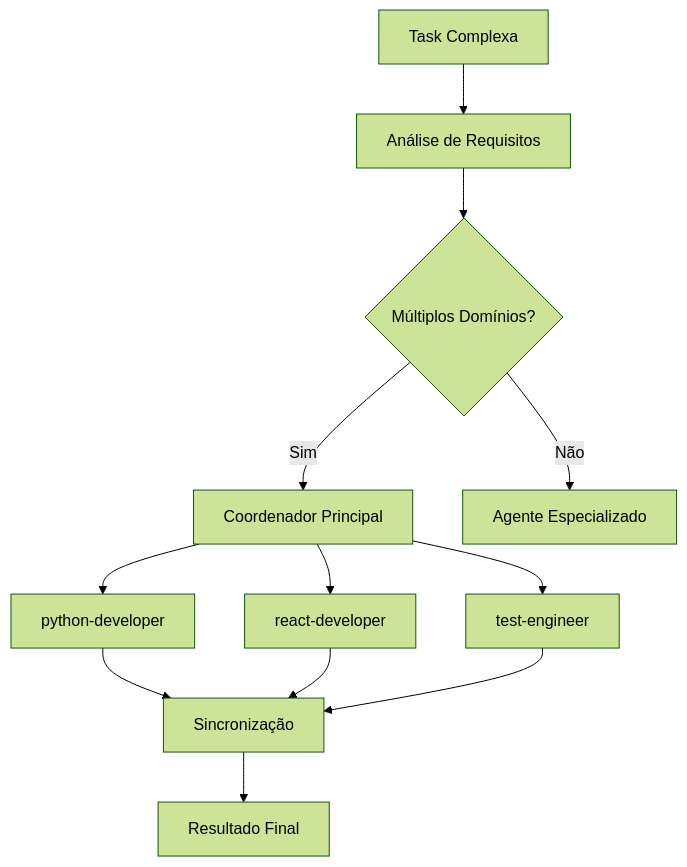
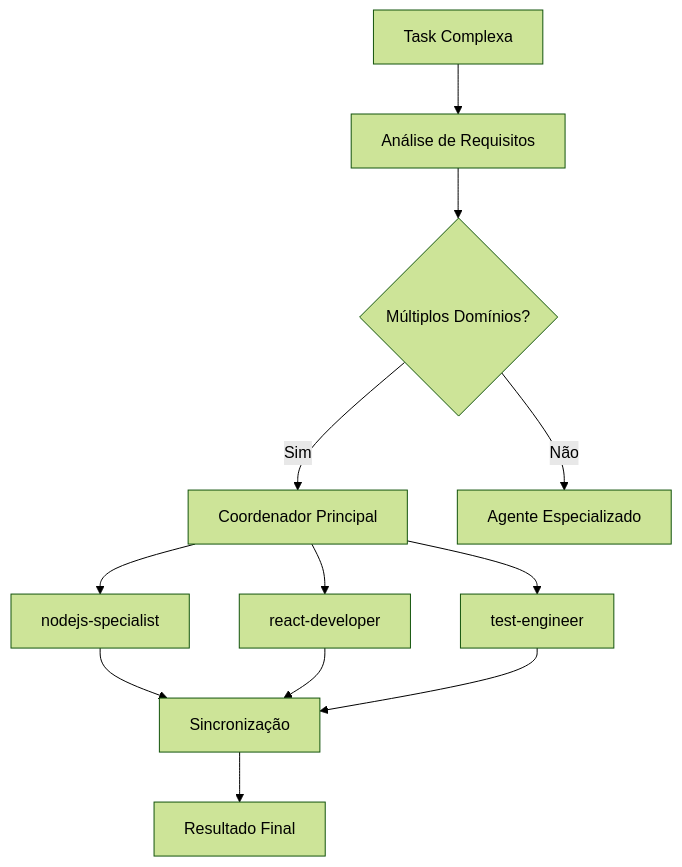
Before and after one commit to marciocar/onion-evolve: the second of 2 diagrams in docs/onion/agents-reference.md, drawn with Mermaid (forest theme). The commit also changed other lines of this file and 18 other files, not shown here.

````diff
--- a/docs/onion/agents-reference.md
+++ b/docs/onion/agents-reference.md
@@ -733,14 +995,14 @@
 ```mermaid
 graph TD
     A[Task Complexa] --> B[Análise de Requisitos]
     B --> C{Múltiplos Domínios?}
     C -->|Sim| D[Coordenador Principal]
     C -->|Não| E[Agente Especializado]
-    D --> F[python-developer]
-    D --> G[react-developer]  
+    D --> F[nodejs-specialist]
+    D --> G[react-developer]
     D --> H[test-engineer]
     F --> I[Sincronização]
     G --> I
     H --> I
     I --> J[Resultado Final]
 ```
````
